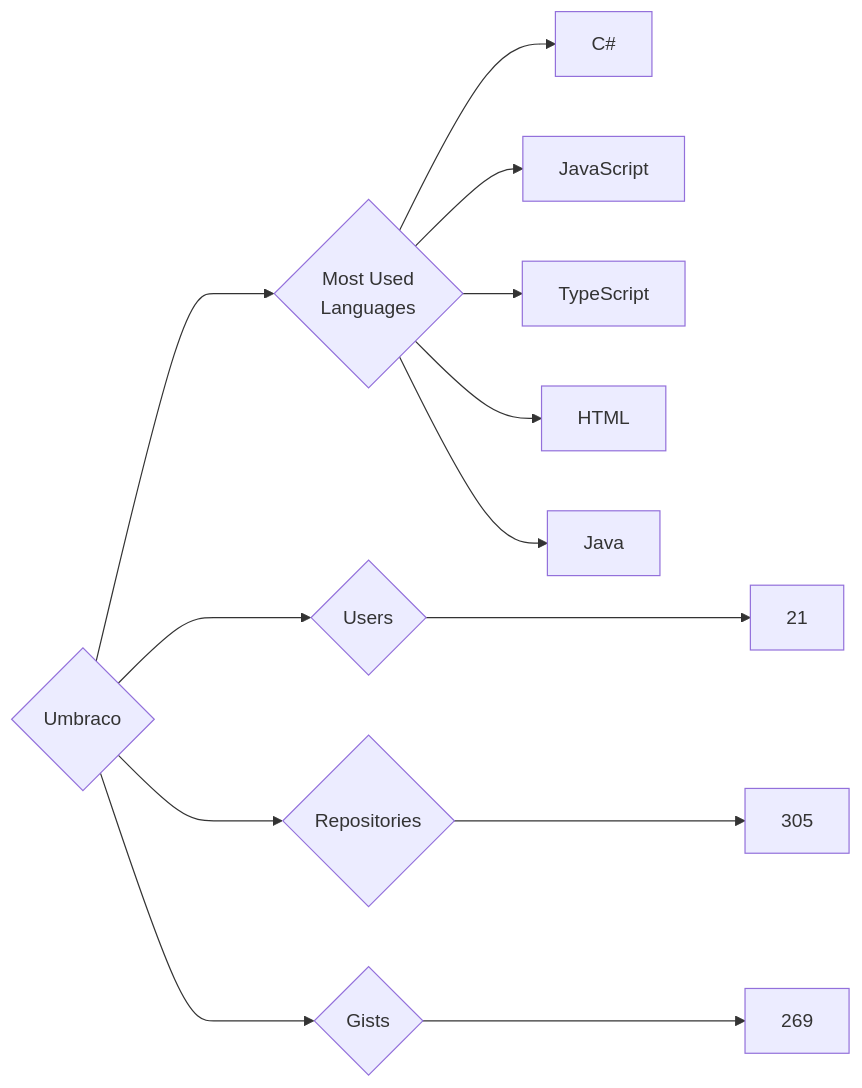
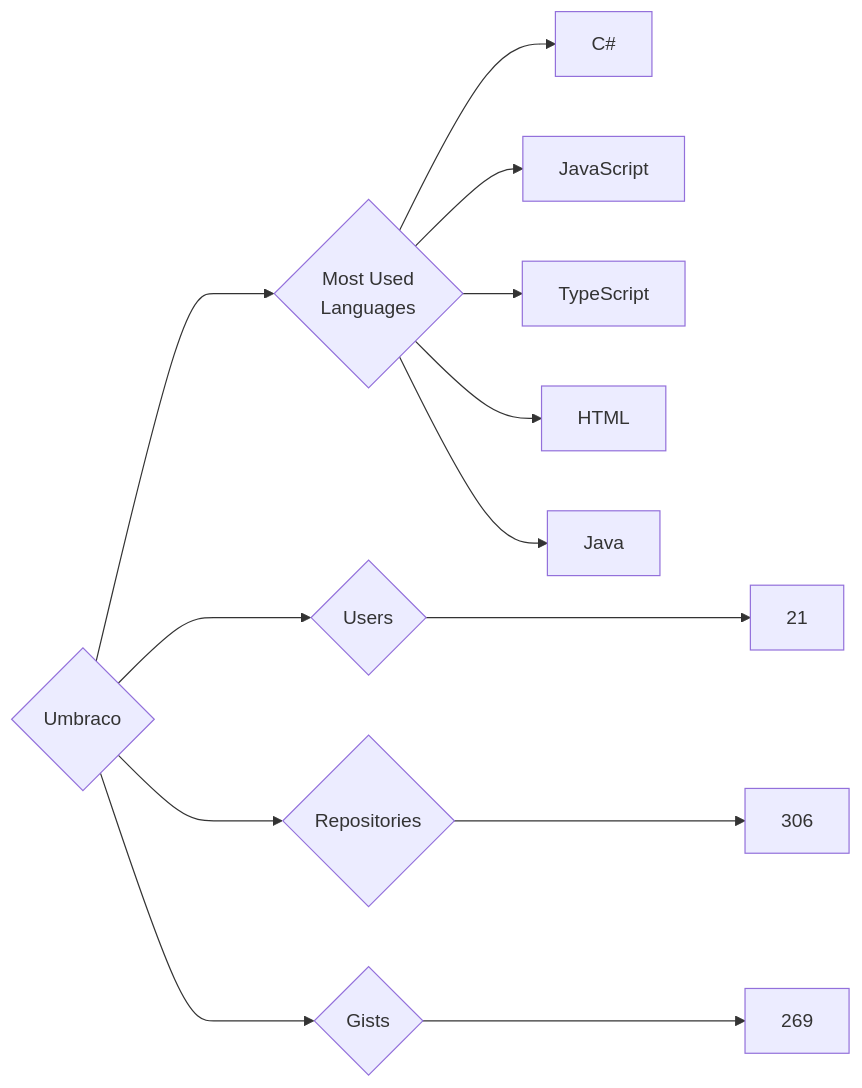
The diagram in targets/Umbraco/README.md (trickest/insiders), drawn with Mermaid before and after one commit. The commit also changed 1389 other files, not shown here.

````diff
--- a/targets/Umbraco/README.md
+++ b/targets/Umbraco/README.md
@@ -3,13 +3,13 @@
 ```mermaid
 graph LR
 COMPANY_NAME{Umbraco}
 COMPANY_NAME ---> U{Users} ---> UN[21]
-COMPANY_NAME ---> R{Repositories} ---> RN[305]
+COMPANY_NAME ---> R{Repositories} ---> RN[306]
 COMPANY_NAME ---> G{Gists} ---> GN[269]
 COMPANY_NAME ---> ML{Most Used<br>Languages}
 ML --> C#[C#]
 ML --> JavaScript[JavaScript]
 ML --> TypeScript[TypeScript]
 ML --> HTML[HTML]
 ML --> Java[Java]
 ```
````
